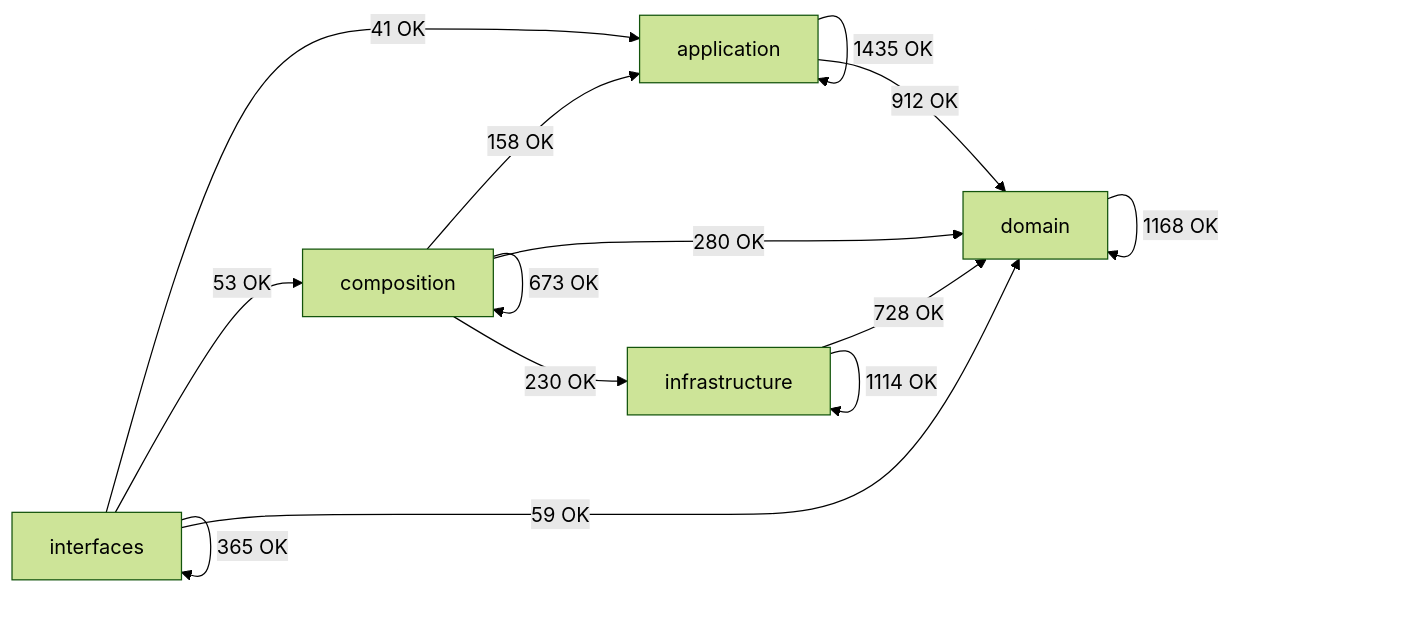
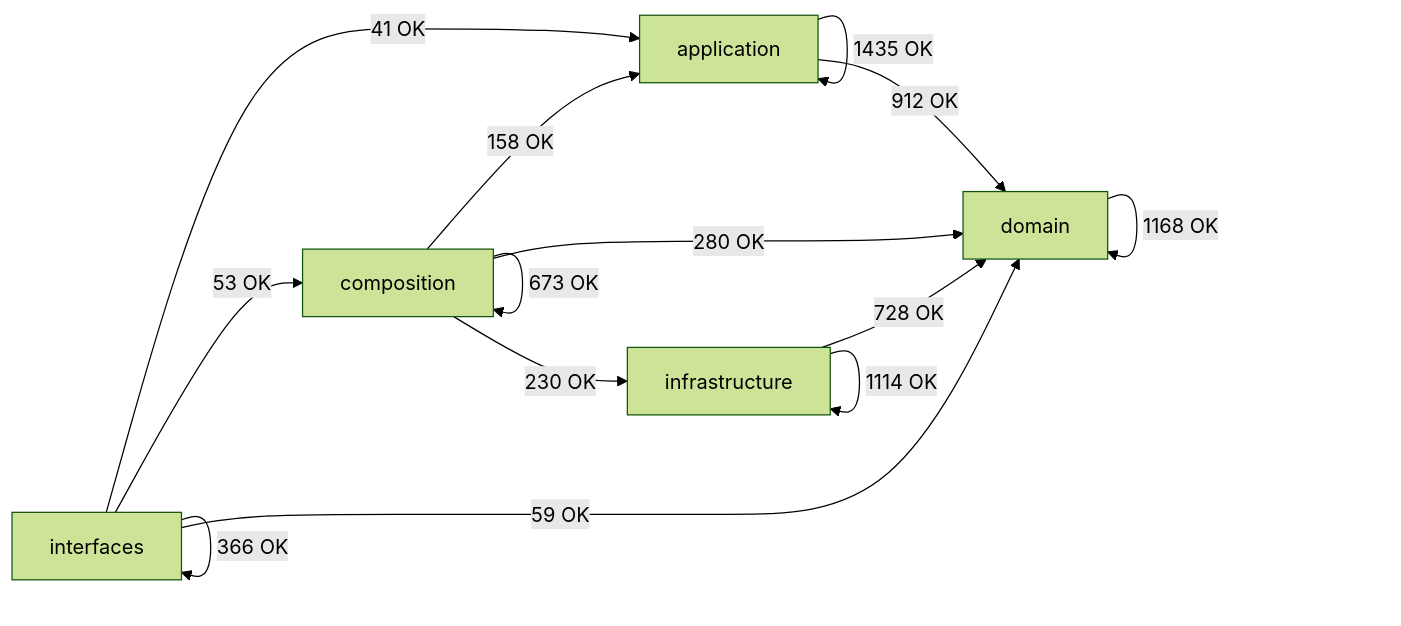
One commit to SatoryKono/BioactivityDataAcquisition changed the diagram in docs/02-architecture/generated/module-dependency-map.md. Above: the diagram before and after it, drawn with Mermaid (forest theme). The commit also changed other lines of this file and 5 other files, not shown here.

````diff
--- a/docs/02-architecture/generated/module-dependency-map.md
+++ b/docs/02-architecture/generated/module-dependency-map.md
@@ -17,21 +17,21 @@
 ```mermaid
 flowchart LR
     domain[domain]
     application[application]
     infrastructure[infrastructure]
     composition[composition]
     interfaces[interfaces]
     application -->|1435 OK| application
     application -->|912 OK| domain
     composition -->|158 OK| application
     composition -->|673 OK| composition
     composition -->|280 OK| domain
     composition -->|230 OK| infrastructure
     domain -->|1168 OK| domain
     infrastructure -->|728 OK| domain
     infrastructure -->|1114 OK| infrastructure
     interfaces -->|41 OK| application
     interfaces -->|53 OK| composition
     interfaces -->|59 OK| domain
-    interfaces -->|365 OK| interfaces
+    interfaces -->|366 OK| interfaces
 ```
````
